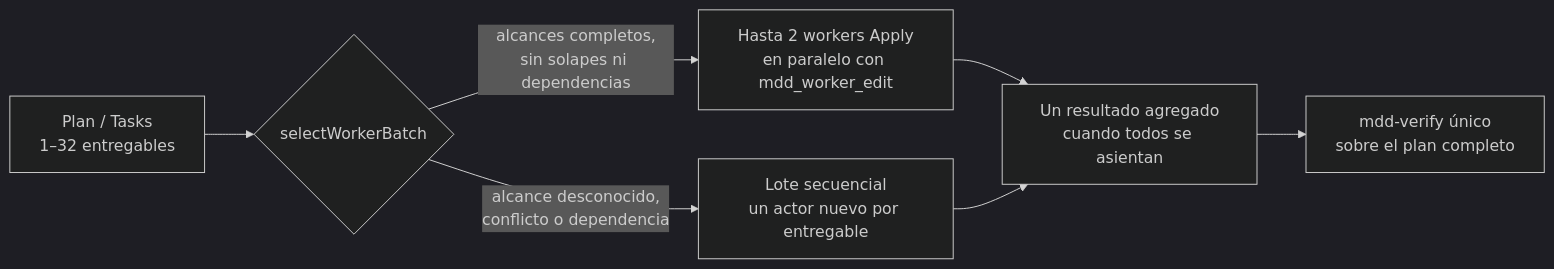
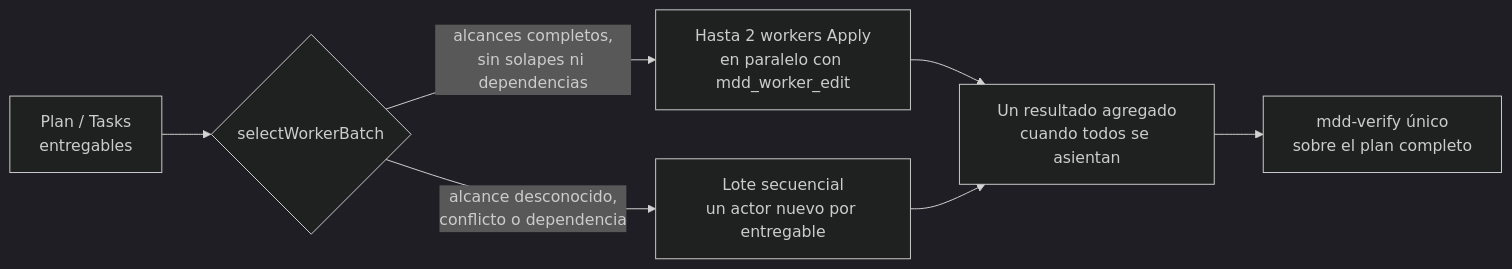
The ninth of 18 diagrams in README.md (vancinis/mdd-orchestrator), drawn with Mermaid (dark theme) before and after one commit. The commit also changed other lines of this file and 41 other files, not shown here.

````diff
--- a/README.md
+++ b/README.md
@@ -637,9 +646,9 @@
 ```mermaid
 flowchart LR
-  PL["Plan / Tasks<br/>1–32 entregables"] --> SEL{"selectWorkerBatch"}
+  PL["Plan / Tasks<br/>entregables"] --> SEL{"selectWorkerBatch"}
   SEL -- "alcances completos,<br/>sin solapes ni dependencias" --> PAR["Hasta 2 workers Apply<br/>en paralelo con mdd_worker_edit"]
   SEL -- "alcance desconocido,<br/>conflicto o dependencia" --> SEQ["Lote secuencial<br/>un actor nuevo por entregable"]
   PAR --> AGG["Un resultado agregado<br/>cuando todos se asientan"]
   SEQ --> AGG
   AGG --> VER["mdd-verify único<br/>sobre el plan completo"]
 ```
````
